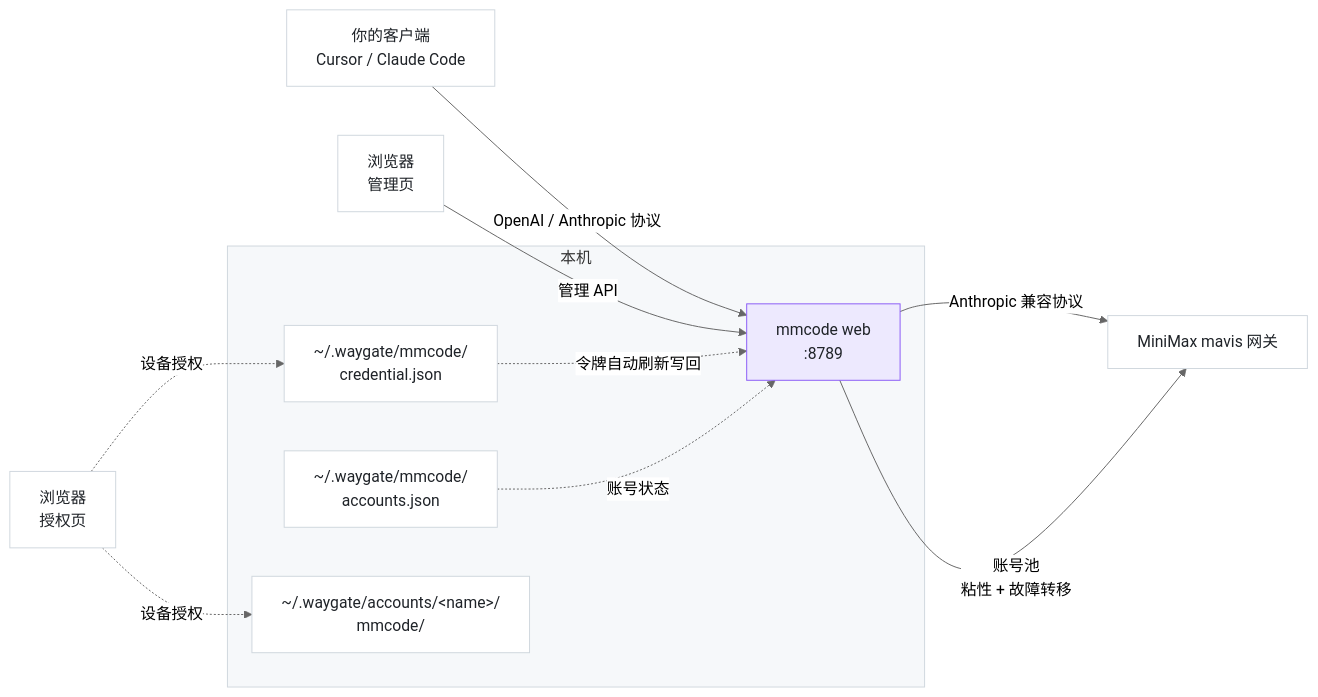
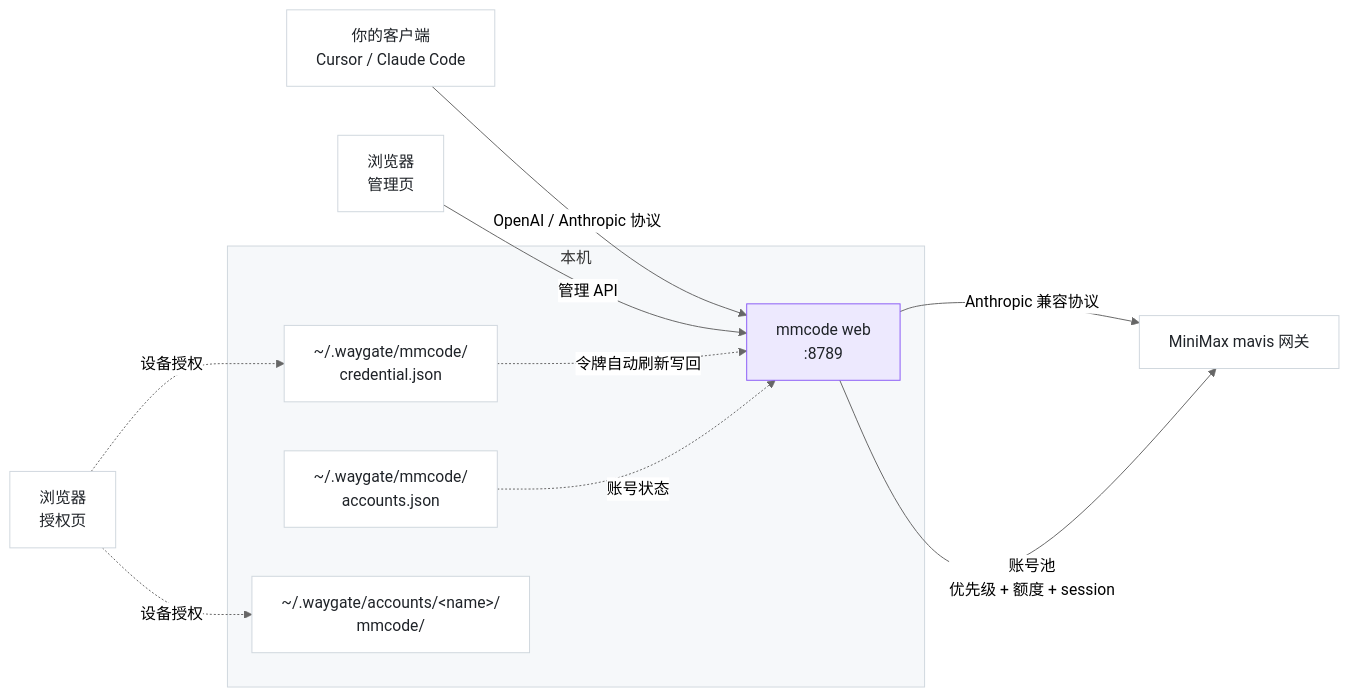
The diagram in README.md (GoldTest/mmmcode), drawn with Mermaid (neutral theme) before and after one commit. The commit also changed other lines of this file and 24 other files, not shown here.

````diff
--- a/README.md
+++ b/README.md
@@ -388,34 +429,34 @@
 ```mermaid
 flowchart LR
   C[你的客户端<br/>Cursor / Claude Code]
   M[mmcode web<br/>:8789]
   W[浏览器<br/>管理页]
   G[MiniMax mavis 网关]
   B[浏览器<br/>授权页]
 
   C -->|OpenAI / Anthropic 协议| M
   W -->|管理 API| M
   M -->|Anthropic 兼容协议| G
-  M -->|账号池<br/>粘性 + 故障转移| G
+  M -->|账号池<br/>优先级 + 额度 + session| G
 
   subgraph local [本机]
     M
     F[~/.waygate/mmcode/<br/>credential.json]
     R[~/.waygate/mmcode/<br/>accounts.json]
     A[~/.waygate/accounts/&lt;name&gt;/<br/>mmcode/]
   end
   B -.->|设备授权| F
   B -.->|设备授权| A
   F -.->|令牌自动刷新写回| M
   R -.->|账号状态| M
 
   style M fill:#EDE9FE,stroke:#8B5CF6,color:#1F2328
   style F fill:#FFFFFF,stroke:#D0D7DE,color:#1F2328
   style R fill:#FFFFFF,stroke:#D0D7DE,color:#1F2328
   style A fill:#FFFFFF,stroke:#D0D7DE,color:#1F2328
   style C fill:#FFFFFF,stroke:#D0D7DE,color:#1F2328
   style G fill:#FFFFFF,stroke:#D0D7DE,color:#1F2328
   style B fill:#FFFFFF,stroke:#D0D7DE,color:#1F2328
   style W fill:#FFFFFF,stroke:#D0D7DE,color:#1F2328
   style local fill:#F6F8FA,stroke:#D0D7DE
 ```
````
